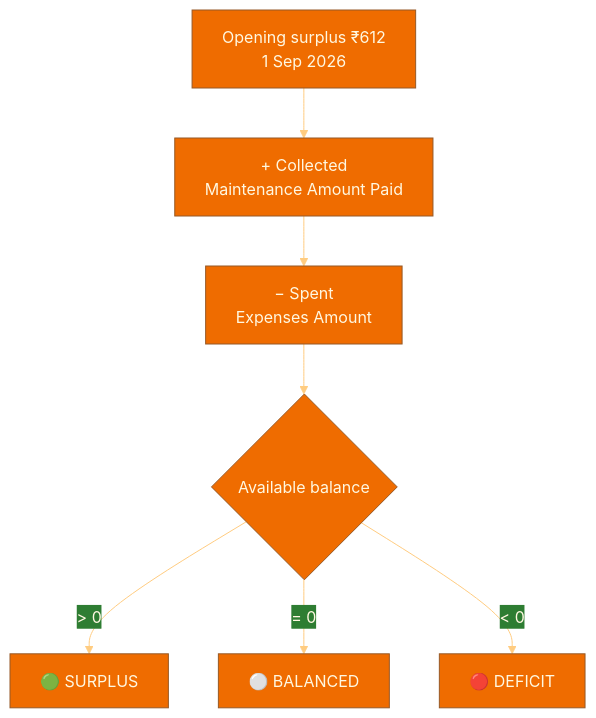
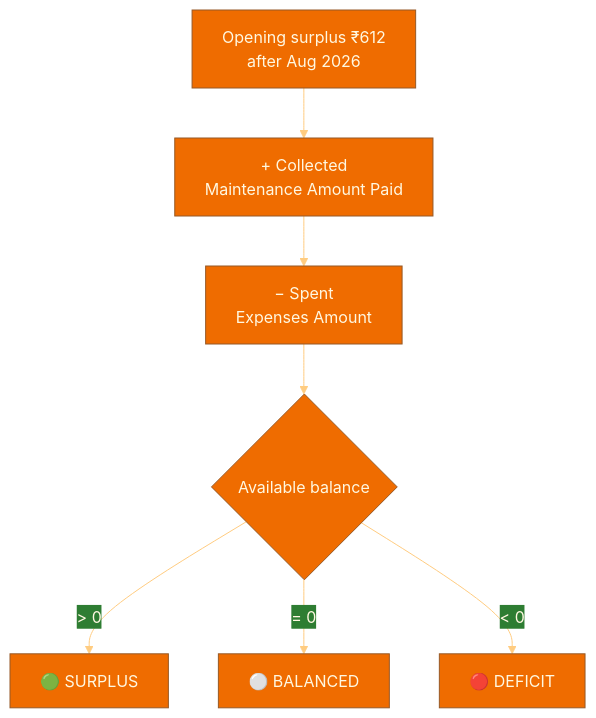
Before and after one commit to theprideoftirumala/AppartmentApp: the third of 7 diagrams in Architecture.md, drawn with Mermaid. The commit also changed other lines of this file and 11 other files, not shown here.

Commit message:
Document month-to-month opening carry-forward in architecture, agent notes, and in-app help.

````diff
--- a/Architecture.md
+++ b/Architecture.md
@@ -76,10 +86,10 @@
 ```mermaid
 %%{init: {'theme': 'base', 'themeVariables': {'primaryColor': '#ef6c00', 'secondaryColor': '#2e7d32', 'tertiaryColor': '#c62828', 'background': '#1a1208', 'primaryTextColor': '#fff8e1', 'lineColor': '#ffcc80'}}}%%
 flowchart TD
-    O["Opening surplus ₹612<br/>1 Sep 2026"] --> C["+ Collected<br/>Maintenance Amount Paid"]
+    O["Opening surplus ₹612<br/>after Aug 2026"] --> C["+ Collected<br/>Maintenance Amount Paid"]
     C --> S["− Spent<br/>Expenses Amount"]
     S --> A{"Available balance"}
     A -->|"> 0"| SUR["🟢 SURPLUS"]
     A -->|"= 0"| BAL["⚪ BALANCED"]
     A -->|"< 0"| DEF["🔴 DEFICIT"]
 ```
````
